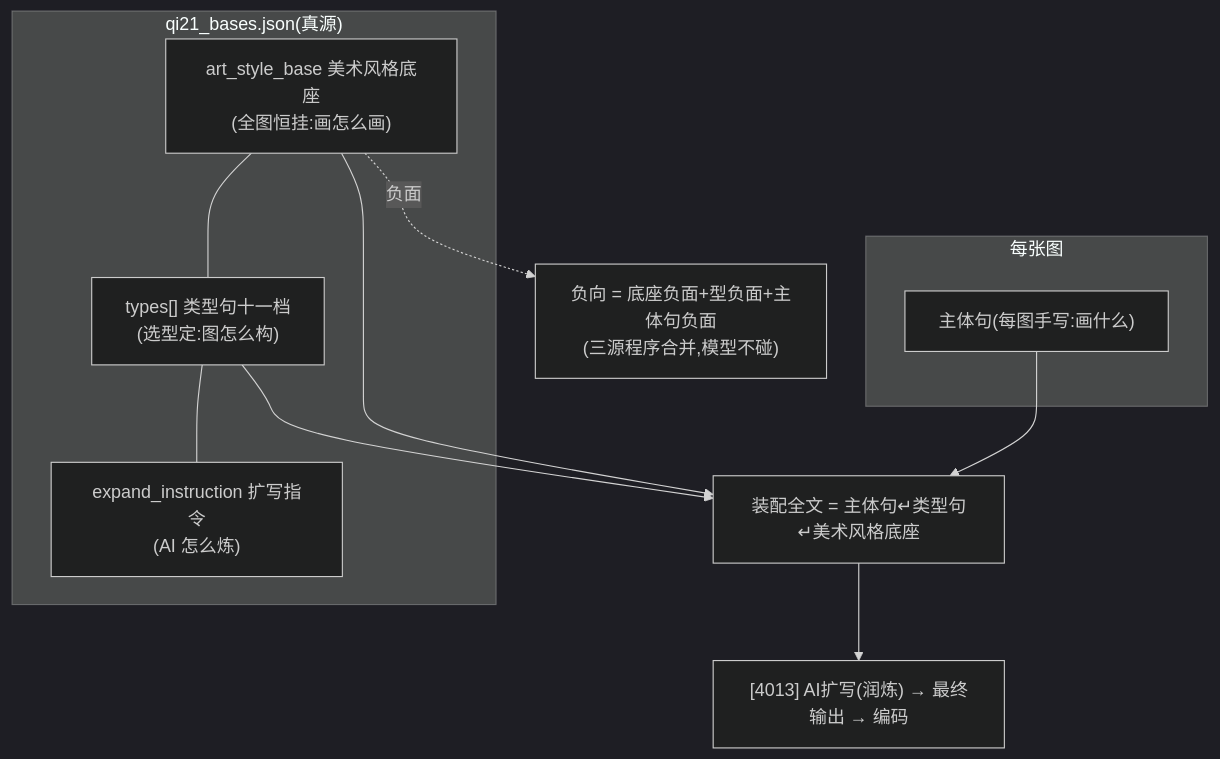
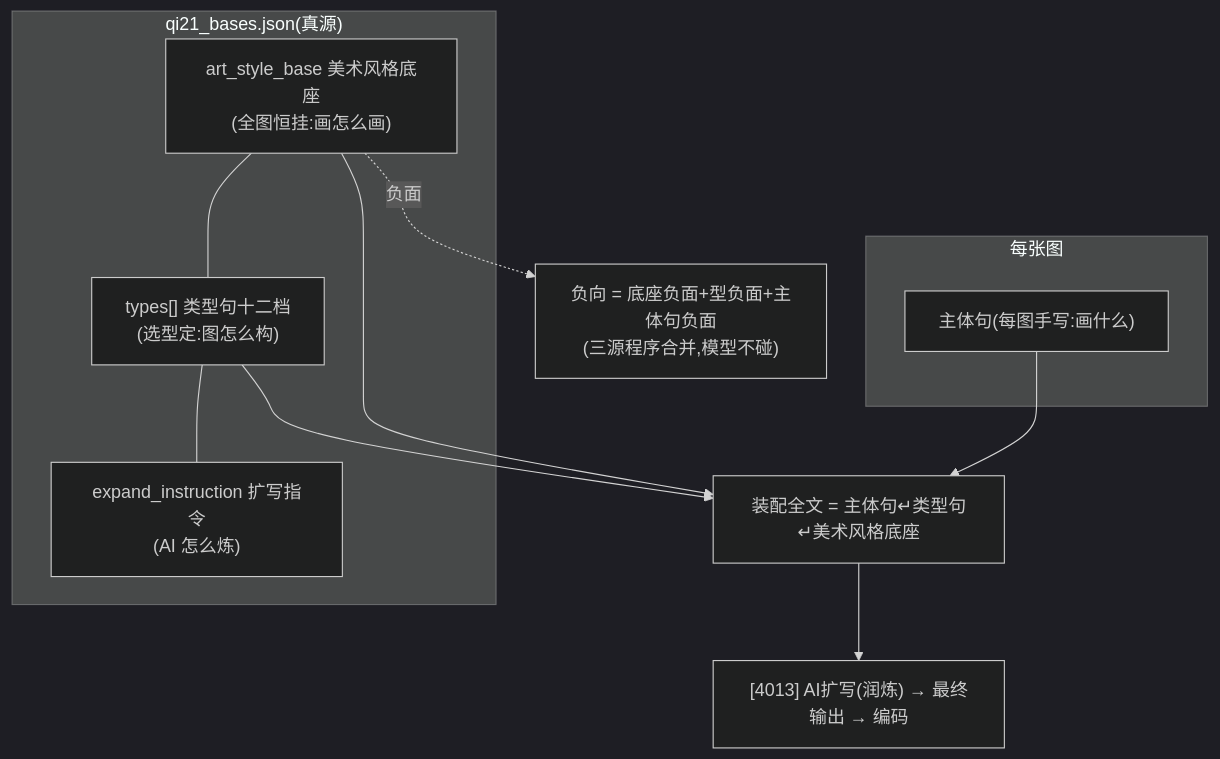
The diagram in apps/frontend/assets/studio-manuals/art_skills/daojie_ink_guofeng/json/README.md (xinzhuzi/MYStudio), drawn with Mermaid (dark theme) before and after one commit. The commit also changed other lines of this file and 57 other files, not shown here.

````diff
--- a/apps/frontend/assets/studio-manuals/art_skills/daojie_ink_guofeng/json/README.md
+++ b/apps/frontend/assets/studio-manuals/art_skills/daojie_ink_guofeng/json/README.md
@@ -69,15 +69,15 @@
 ```mermaid
 graph TB
     subgraph qi21_bases.json["qi21_bases.json(真源)"]
-        A["art_style_base 美术风格底座<br/>(全图恒挂:画怎么画)"] --- B["types[] 类型句十一档<br/>(选型定:图怎么构)"]
+        A["art_style_base 美术风格底座<br/>(全图恒挂:画怎么画)"] --- B["types[] 类型句十二档<br/>(选型定:图怎么构)"]
         B --- C["expand_instruction 扩写指令<br/>(AI 怎么炼)"]
     end
     subgraph 每张图
         S["主体句(每图手写:画什么)"]
     end
     A --> P["装配全文 = 主体句↵类型句↵美术风格底座"]
     B --> P
     S --> P
     P --> E["[4013] AI扩写(润炼) → 最终输出 → 编码"]
     A -.->|"负面"| NEG["负向 = 底座负面+型负面+主体句负面<br/>(三源程序合并,模型不碰)"]
 ```
````
